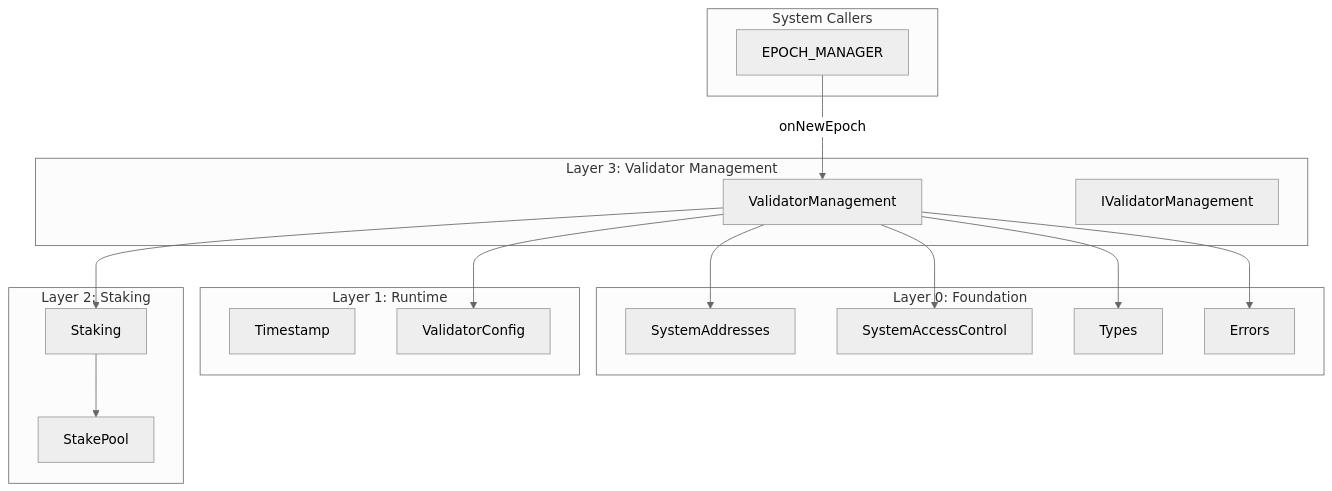
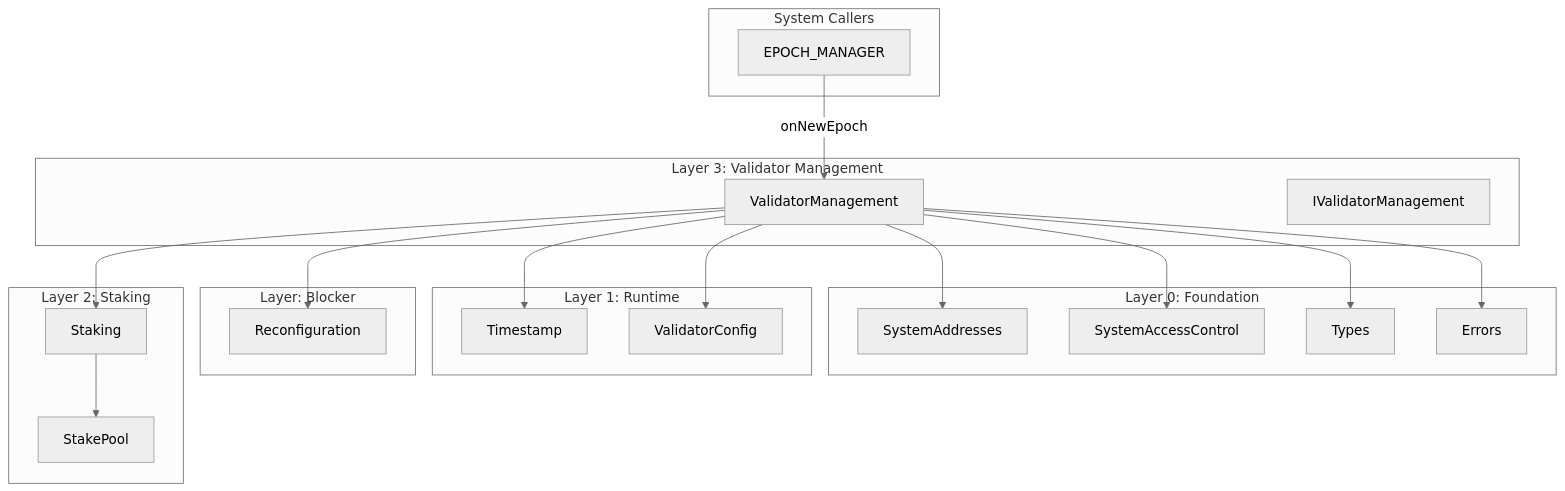
Before and after one commit to Galxe/gravity_chain_core_contracts: the diagram in spec_v2/validator_management.spec.md, drawn with Mermaid (neutral theme). The commit also changed other lines of this file and 2 other files, not shown here.

````diff
--- a/spec_v2/validator_management.spec.md
+++ b/spec_v2/validator_management.spec.md
@@ -40,39 +147,45 @@
 ```mermaid
 graph TD
     subgraph Foundation[Layer 0: Foundation]
         SA[SystemAddresses]
         SAC[SystemAccessControl]
         T[Types]
         E[Errors]
     end
     
     subgraph Runtime[Layer 1: Runtime]
         TS[Timestamp]
         VC[ValidatorConfig]
+    end
+    
+    subgraph Blocker[Layer: Blocker]
+        RC[Reconfiguration]
     end
     
     subgraph Staking[Layer 2: Staking]
         S[Staking]
         SP[StakePool]
     end
     
     subgraph ValidatorMgmt[Layer 3: Validator Management]
         VM[ValidatorManagement]
         IVM[IValidatorManagement]
     end
     
     subgraph Callers[System Callers]
         EM[EPOCH_MANAGER]
     end
     
     VM --> SA
     VM --> SAC
     VM --> T
     VM --> E
     VM --> S
     VM --> VC
+    VM --> RC
+    VM --> TS
     
     S --> SP
     
     EM -->|onNewEpoch| VM
 ```
````
